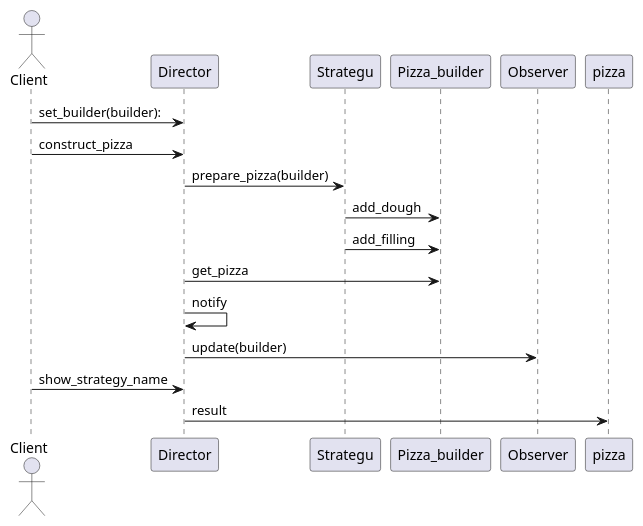
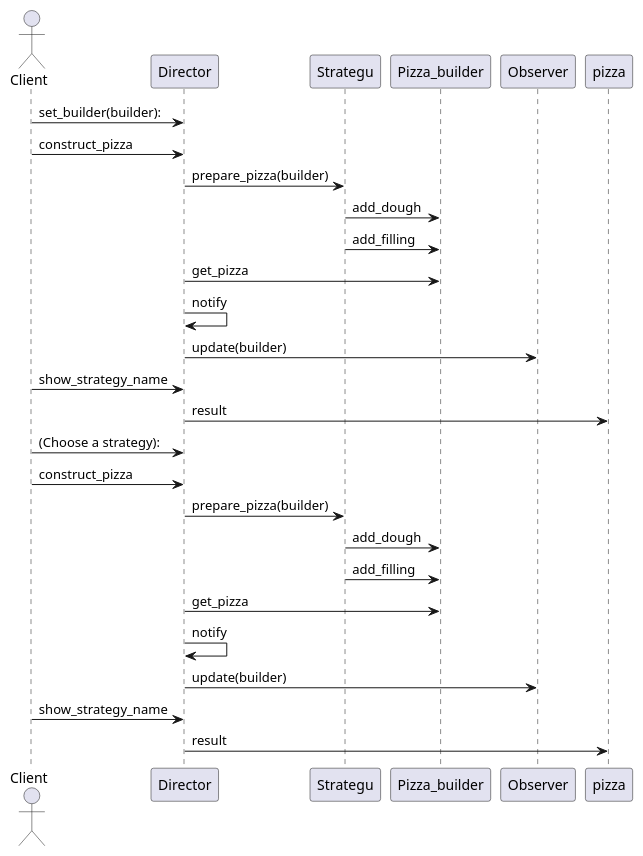
One commit to Vadym-Tsymbalistyi/mastering-software-development changed the diagram in Design_Patterns/UML/PizzaBuilder_Strategy_Observer.puml. Above: the diagram before and after it, drawn with PlantUML.

Commit message:
\Updated strategy .The diagram completely covers the program code

```diff
--- a/Design_Patterns/UML/PizzaBuilder_Strategy_Observer.puml
+++ b/Design_Patterns/UML/PizzaBuilder_Strategy_Observer.puml
@@ -1,21 +1,36 @@
 @startuml
 actor Client
 
 Client -> Director:set_builder(builder):
 Client -> Director:construct_pizza
 
 Director -> Strategu:prepare_pizza(builder)
 
 Strategu ->Pizza_builder:add_dough
 Strategu ->Pizza_builder:add_filling
 
 Director -> Pizza_builder:get_pizza
 Director -> Director:notify
 Director -> Observer: update(builder)
 
 Client -> Director:show_strategy_name
 
 Director -> pizza: result
 
+Client -> Director: (Choose a strategy):
+Client -> Director:construct_pizza
+
+Director -> Strategu:prepare_pizza(builder)
+
+Strategu ->Pizza_builder:add_dough
+Strategu ->Pizza_builder:add_filling
+
+Director -> Pizza_builder:get_pizza
+Director -> Director:notify
+Director -> Observer: update(builder)
+
+Client -> Director:show_strategy_name
+
+Director -> pizza: result
 
 @enduml
```
